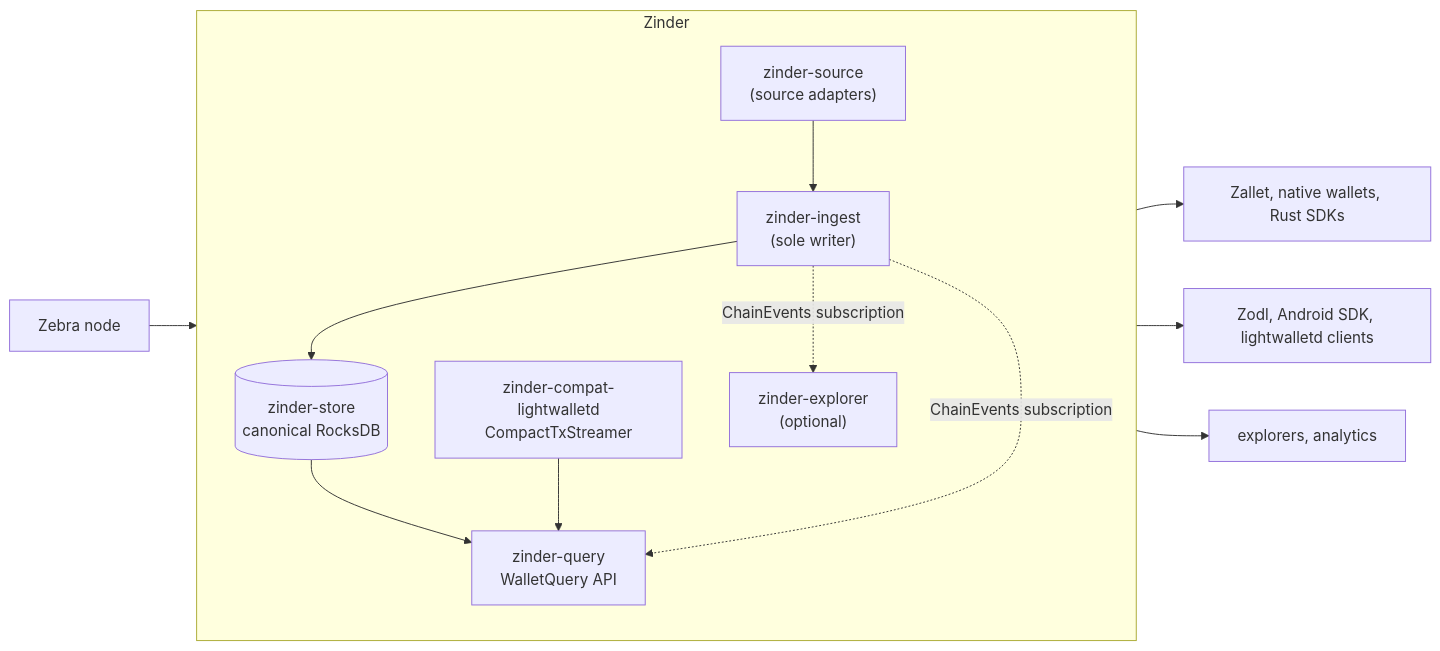
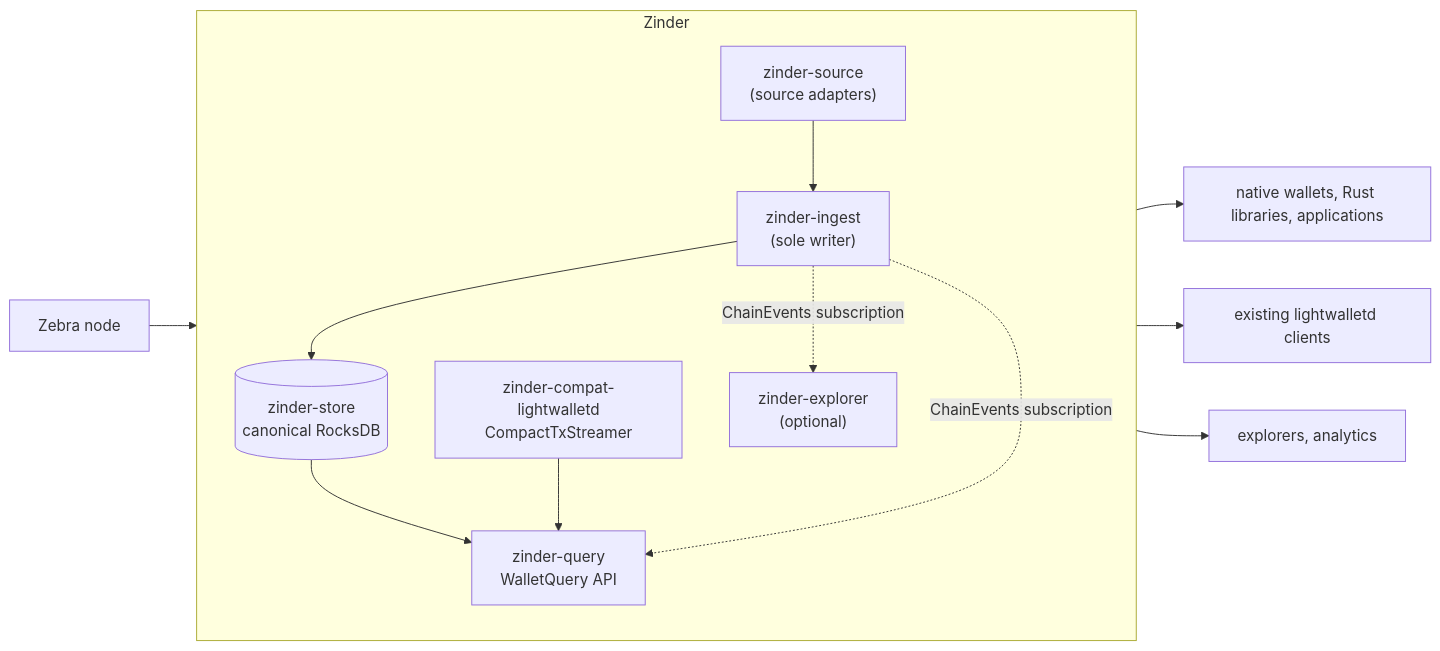
Before and after one commit to gustavovalverde/zinder: the diagram in README.md, drawn with Mermaid. The commit also changed other lines of this file and 12 other files, not shown here.

````diff
--- a/README.md
+++ b/README.md
@@ -96,26 +98,26 @@
 ```mermaid
 flowchart LR
     Zebra["Zebra node"]
 
     subgraph zinder["Zinder"]
         direction TB
         Source["zinder-source<br/>(source adapters)"]
         Ingest["zinder-ingest<br/>(sole writer)"]
         Store[("zinder-store<br/>canonical RocksDB")]
         Query["zinder-query<br/>WalletQuery API"]
         Compat["zinder-compat-lightwalletd<br/>CompactTxStreamer"]
         Explorer["zinder-explorer<br/>(optional)"]
 
         Source --> Ingest
         Ingest --> Store
         Store --> Query
         Compat --> Query
         Ingest -. "ChainEvents subscription" .-> Query
         Ingest -. "ChainEvents subscription" .-> Explorer
     end
 
     Zebra --> Source
-    Query --> NativeClients["Zallet, native wallets, Rust SDKs"]
-    Compat --> LightwalletdClients["Zodl, Android SDK, lightwalletd clients"]
+    Query --> NativeClients["native wallets, Rust libraries, applications"]
+    Compat --> LightwalletdClients["existing lightwalletd clients"]
     Explorer --> Explorers["explorers, analytics"]
 ```
````
